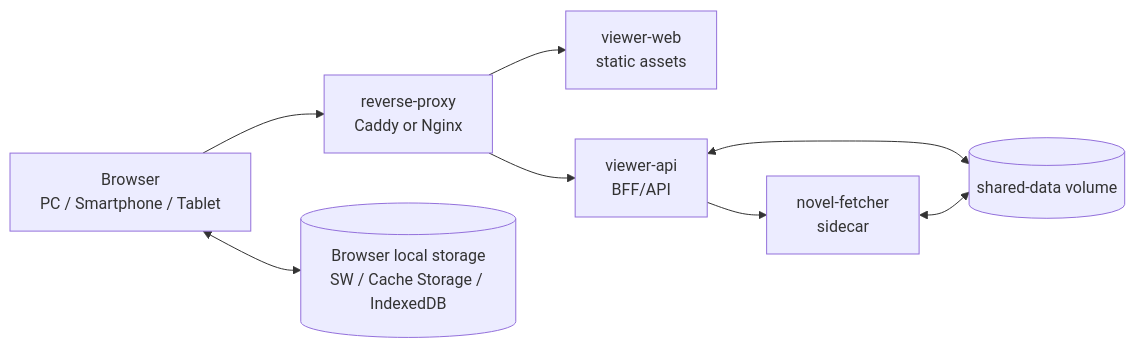
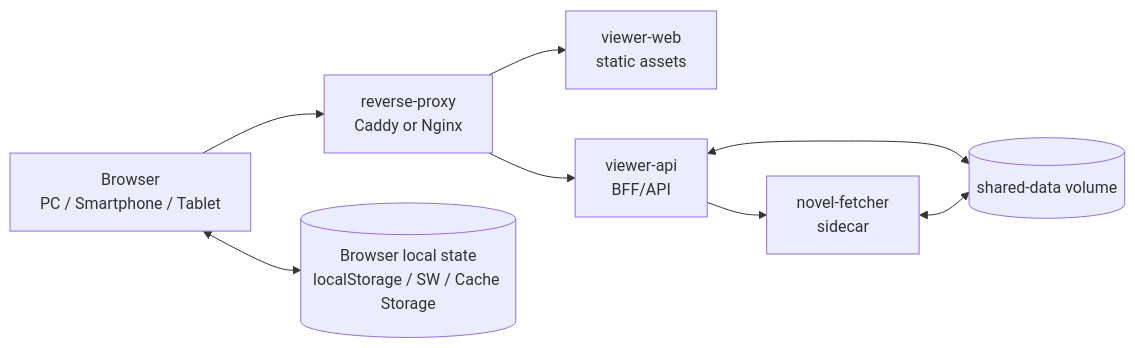
The second of 2 diagrams in docs/architecture.md (iuill/narou-viewer), drawn with Mermaid before and after one commit. The commit also changed other lines of this file and 5 other files, not shown here.

First line of the commit message:
永続state schemaの横断管理方針を整備 (#26)

````diff
--- a/docs/architecture.md
+++ b/docs/architecture.md
@@ -35,18 +35,18 @@
 ```mermaid
 flowchart LR
   U[Browser<br/>PC / Smartphone / Tablet]
   RP[reverse-proxy<br/>Caddy or Nginx]
   WEB[viewer-web<br/>static assets]
   API[viewer-api<br/>BFF/API]
   NF[novel-fetcher<br/>sidecar]
   DATA[(shared-data volume)]
-  BL[(Browser local storage<br/>SW / Cache Storage / IndexedDB)]
+  BL[(Browser local state<br/>localStorage / SW / Cache Storage)]
 
   U --> RP
   RP --> WEB
   RP --> API
   API --> NF
   API <--> DATA
   NF <--> DATA
   U <--> BL
 ```
````
